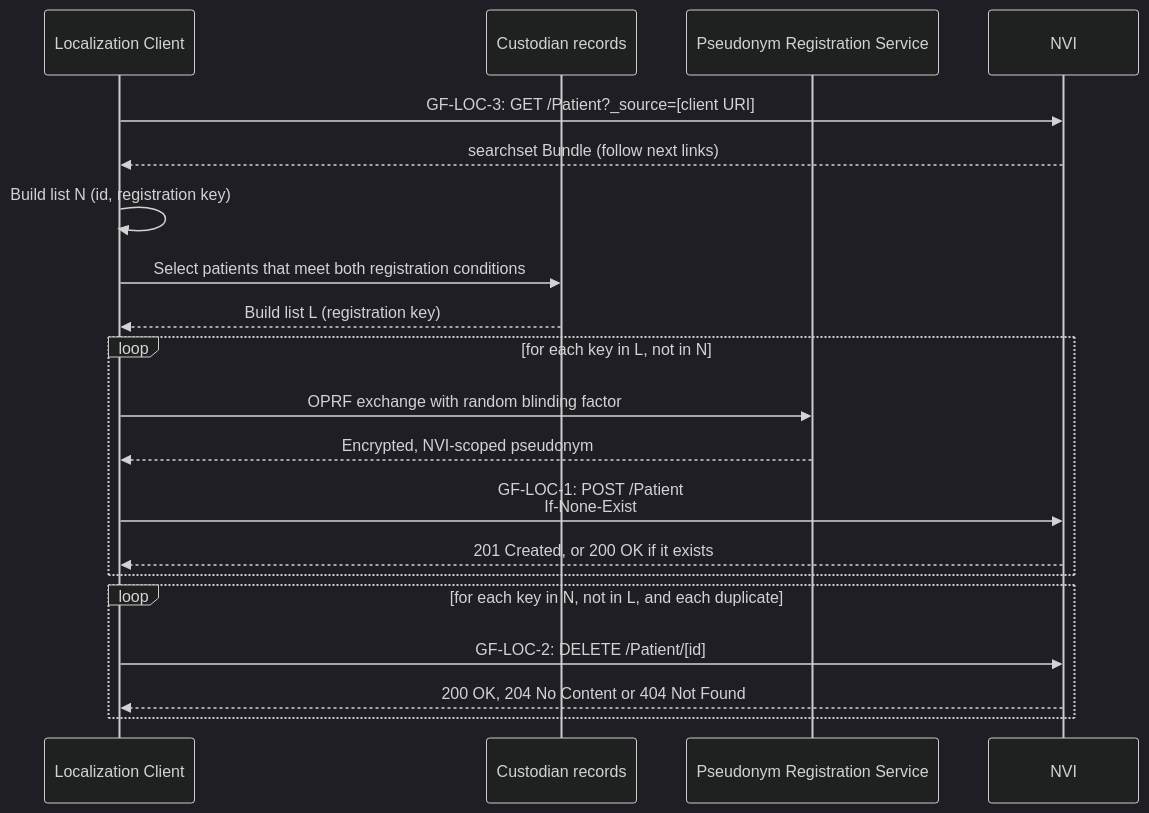
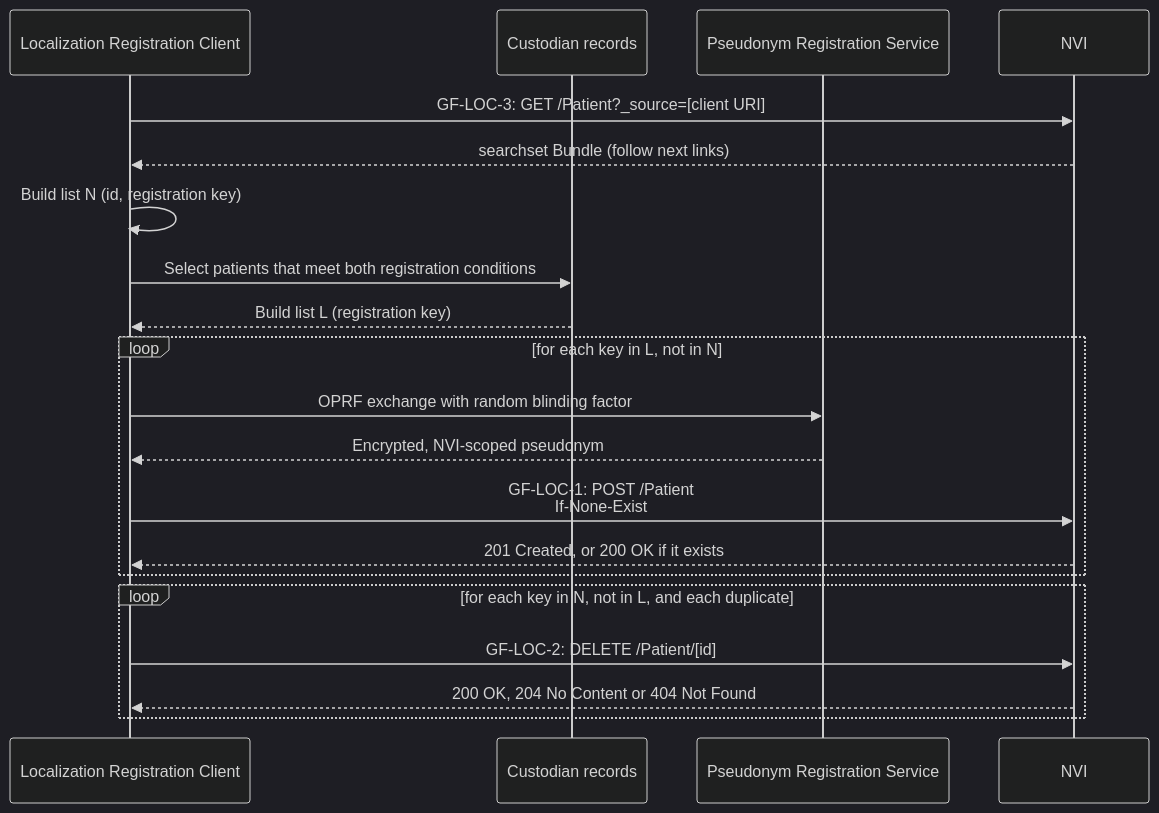
Before and after one commit to minvws/generiekefuncties-docs: the first of 3 diagrams in input/pagecontent/localization.md, drawn with Mermaid (dark theme). The commit also changed other lines of this file and 3 other files, not shown here.

Commit message:
Split Localization Client and require immediate registration

````diff
--- a/input/pagecontent/localization.md
+++ b/input/pagecontent/localization.md
@@ -321,23 +331,23 @@
 ```mermaid
 sequenceDiagram
-    participant client as Localization Client
+    participant client as Localization Registration Client
     participant records as Custodian records
     participant prs as Pseudonym Registration Service
     participant nvi as NVI
 
     client->>nvi: GF-LOC-3: GET /Patient?_source=[client URI]
     nvi-->>client: searchset Bundle (follow next links)
     client->>client: Build list N (id, registration key)
     client->>records: Select patients that meet both registration conditions
     records-->>client: Build list L (registration key)
     loop for each key in L, not in N
         client->>prs: OPRF exchange with random blinding factor
         prs-->>client: Encrypted, NVI-scoped pseudonym
         client->>nvi: GF-LOC-1: POST /Patient<br/>If-None-Exist
         nvi-->>client: 201 Created, or 200 OK if it exists
     end
     loop for each key in N, not in L, and each duplicate
         client->>nvi: GF-LOC-2: DELETE /Patient/[id]
         nvi-->>client: 200 OK, 204 No Content or 404 Not Found
     end
 ```
````
